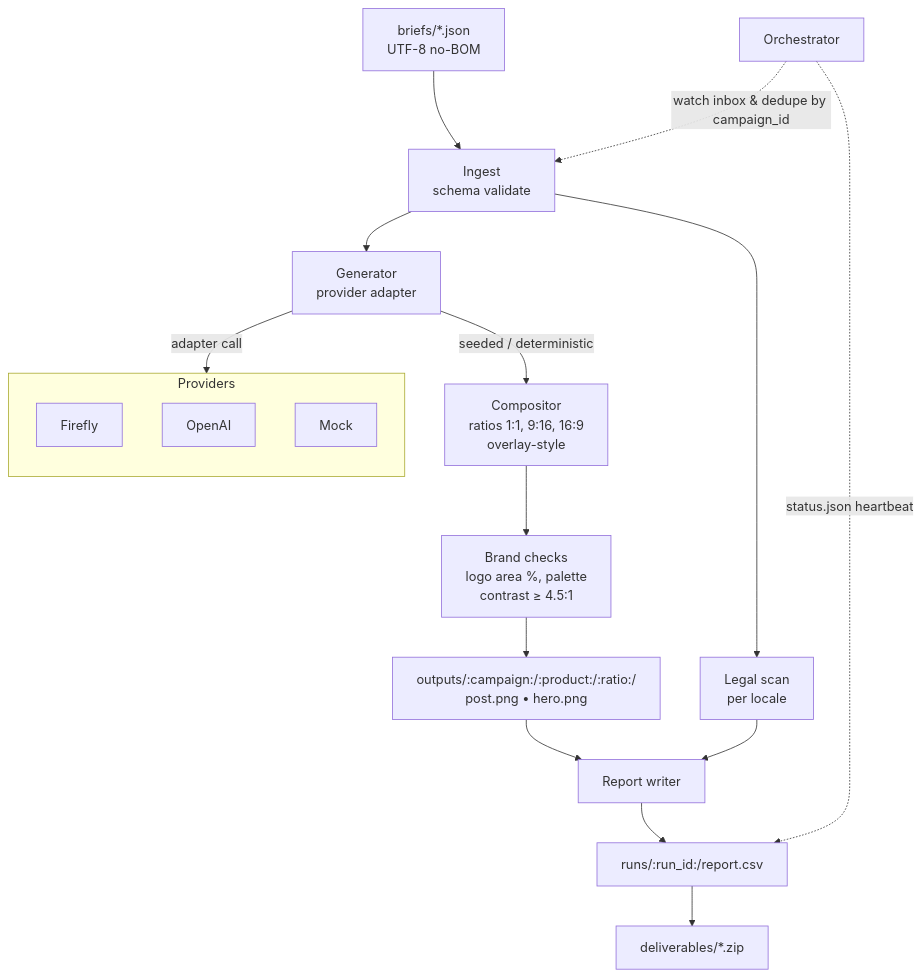
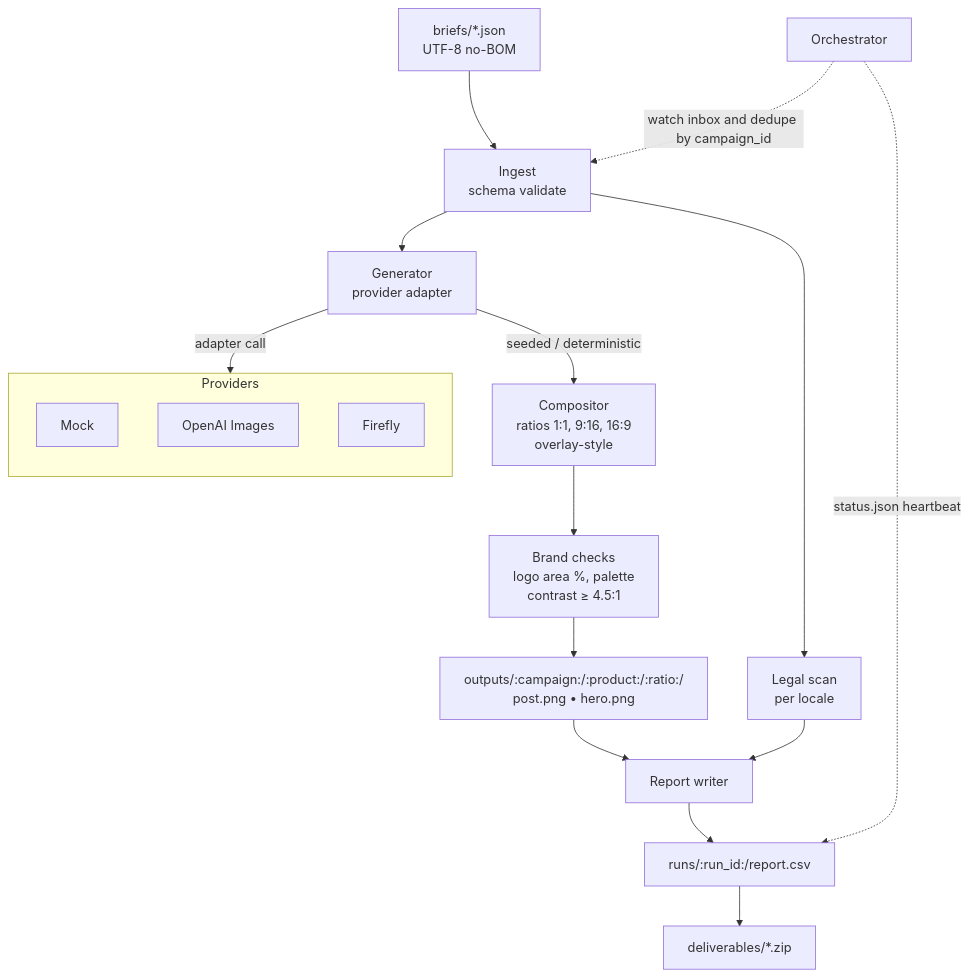
The diagram in README.md (aurelius-in/Adobe), drawn with Mermaid before and after one commit. The commit also changed other lines of this file, not shown here.

````diff
--- a/README.md
+++ b/README.md
@@ -92,34 +94,33 @@
 ```mermaid
 flowchart TB
   %% ------- Main flow (top -> bottom) -------
   Briefs[briefs/*.json<br/>UTF-8 no-BOM]
   Ingest[Ingest<br/>schema validate]
   Generator[Generator<br/>provider adapter]
   Compositor[Compositor<br/>ratios 1:1, 9:16, 16:9<br/>overlay-style]
   Compliance[Brand checks<br/>logo area %, palette<br/>contrast ≥ 4.5:1]
   Outputs[outputs/:campaign:/:product:/:ratio:/<br/>post.png • hero.png]
   Report[Report writer]
   Runs[runs/:run_id:/report.csv]
   Deliverables[deliverables/*.zip]
 
   Briefs --> Ingest --> Generator -->|seeded / deterministic| Compositor --> Compliance --> Outputs --> Report --> Runs --> Deliverables
 
   %% ------- Side branches -------
   Legal[Legal scan<br/>per locale]
   Ingest --> Legal --> Report
 
   %% ------- Providers (stacked) -------
   subgraph Providers
     direction TB
+    Mock[Mock]
+    OpenAI[OpenAI Images]
     Firefly[Firefly]
-    OpenAI[OpenAI]
-    Mock[Mock]
   end
   Generator -->|adapter call| Providers
 
   %% ------- Orchestrator control (dashed) -------
   Orchestrator[Orchestrator]
-  Orchestrator -.->|watch inbox & dedupe by campaign_id| Ingest
+  Orchestrator -.->|watch inbox and dedupe by campaign_id| Ingest
   Orchestrator -.->|status.json heartbeat| Runs
-
 ```
````
